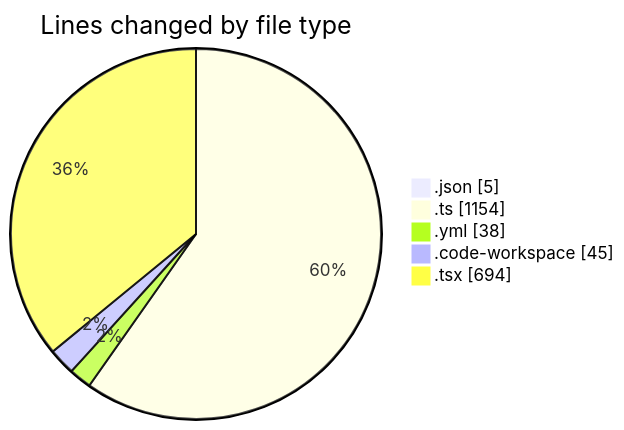
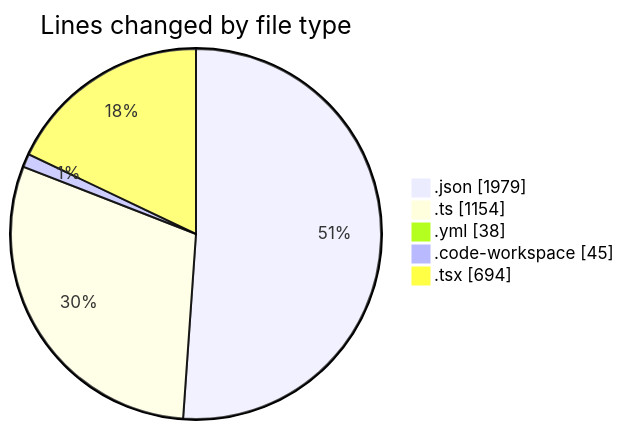
One commit to julien-gomy/code-tracking changed the first of 2 diagrams in 2025-11-25/eventscop-frontend-guide__workspace_/README.md. Above: the diagram before and after it, drawn with Mermaid. The commit also changed other lines of this file and 1 other file, not shown here.

````diff
--- a/2025-11-25/eventscop-frontend-guide__workspace_/README.md
+++ b/2025-11-25/eventscop-frontend-guide__workspace_/README.md
@@ -31,9 +32,9 @@
 ```mermaid
 pie showData
 title Lines changed by file type
-".json" : 5
+".json" : 1979
 ".ts" : 1154
 ".yml" : 38
 ".code-workspace" : 45
 ".tsx" : 694
 ```
````
